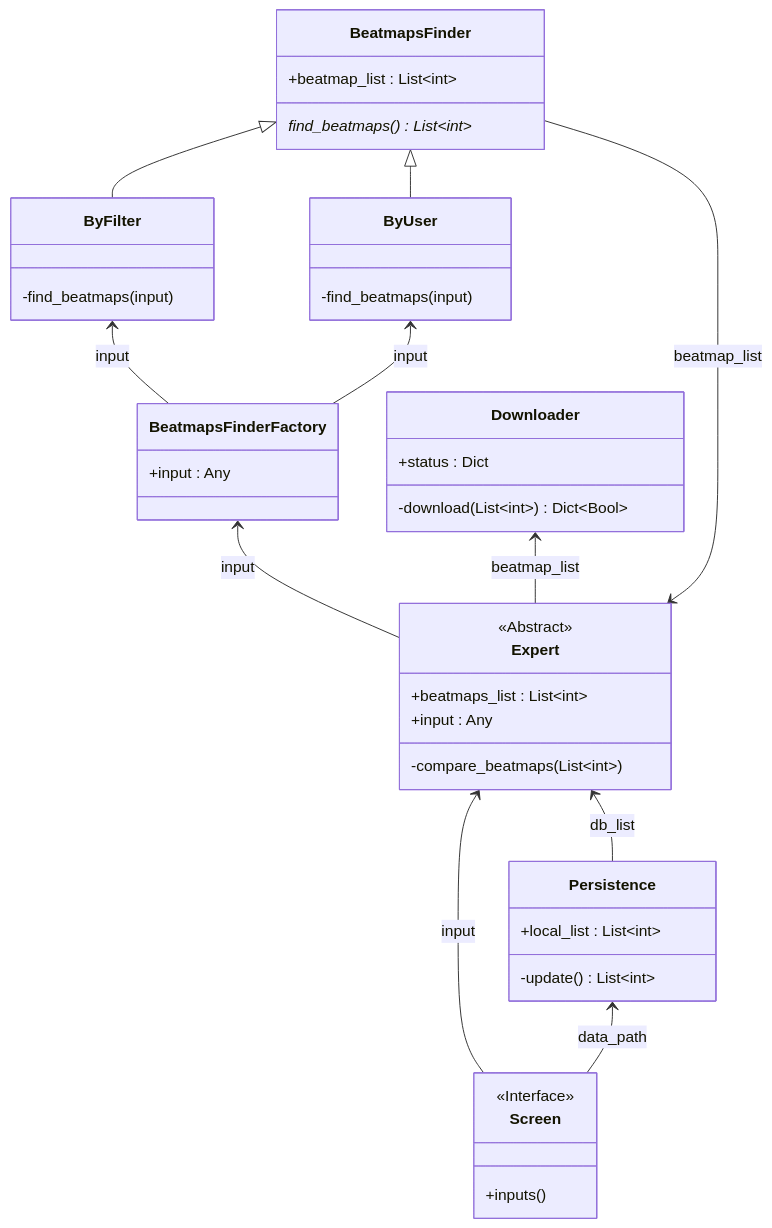
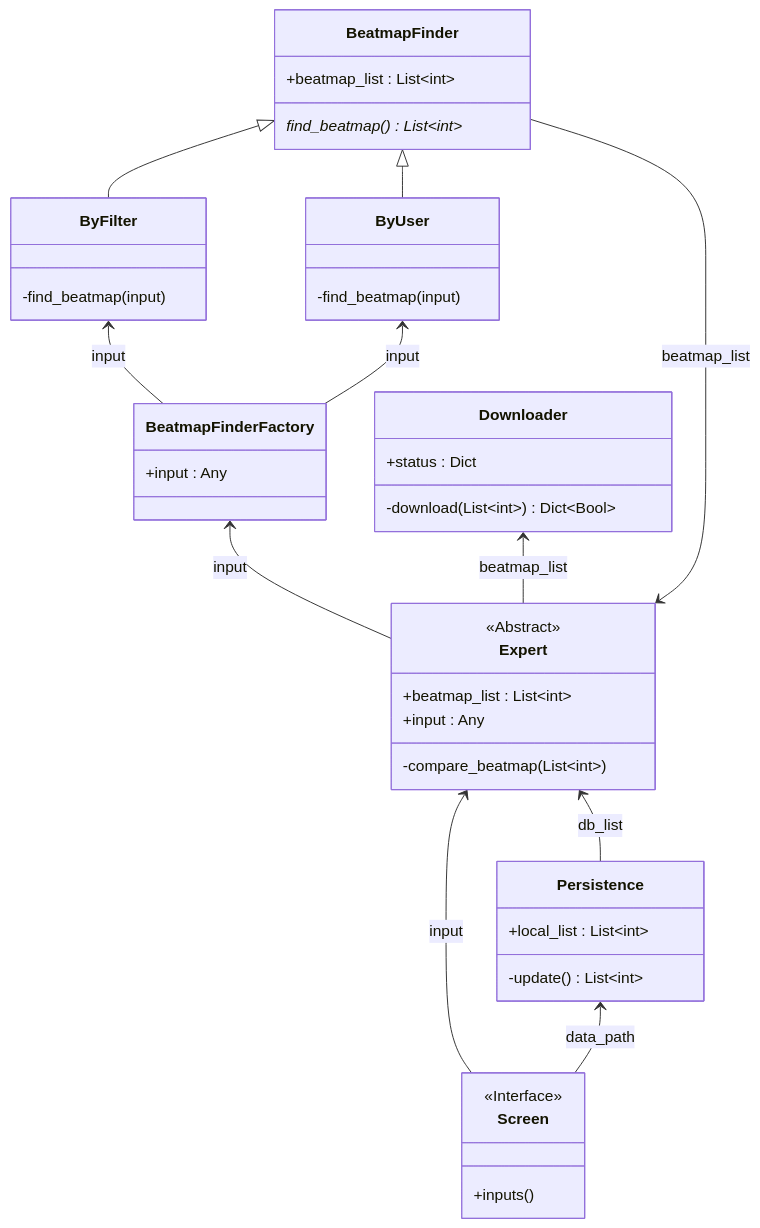
The diagram in class_diagram.md (expositoleo/OSU_Beatmap_Downloader), drawn with Mermaid before and after one commit.

Commit message:
Change all "Beatmaps" to "Beatmap"

````diff
--- a/class_diagram.md
+++ b/class_diagram.md
@@ -1,47 +1,47 @@
 ```mermaid
 classDiagram
     %% Beatmap is also called beatmap for legibility
-    BeatmapsFinder <|-- ByUser
-    BeatmapsFinder <|-- ByFilter
-    BeatmapsFinderFactory <-- Expert : input
-    ByFilter <-- BeatmapsFinderFactory : input
-    ByUser <-- BeatmapsFinderFactory : input
+    BeatmapFinder <|-- ByUser
+    BeatmapFinder <|-- ByFilter
+    BeatmapFinderFactory <-- Expert : input
+    ByFilter <-- BeatmapFinderFactory : input
+    ByUser <-- BeatmapFinderFactory : input
     Expert <-- Screen : input
     Expert <-- Persistence : db_list
     Downloader <-- Expert : beatmap_list
-    Expert <-- BeatmapsFinder : beatmap_list
+    Expert <-- BeatmapFinder : beatmap_list
     Persistence <-- Screen : data_path
 
-    class BeatmapsFinder{
+    class BeatmapFinder{
         +beatmap_list : List~int~
-        find_beatmaps()* List~int~
+        find_beatmap()* List~int~
     }
     class ByUser{
-        -find_beatmaps(input)
+        -find_beatmap(input)
     }
     class ByFilter{
-        -find_beatmaps(input)
+        -find_beatmap(input)
     }
     class Screen{
         <<Interface>>
         +inputs()
     }
     class Persistence{
         +local_list : List~int~
         -update() List~int~
     }
     class Downloader{
         +status : Dict
         -download(List~int~) Dict~Bool~
     }
     class Expert{
         <<Abstract>>
-        +beatmaps_list : List~int~
+        +beatmap_list : List~int~
         +input : Any
-        -compare_beatmaps(List~int~)
+        -compare_beatmap(List~int~)
     }
-    class BeatmapsFinderFactory{
+    class BeatmapFinderFactory{
         +input : Any
     }
 
 ```
````
